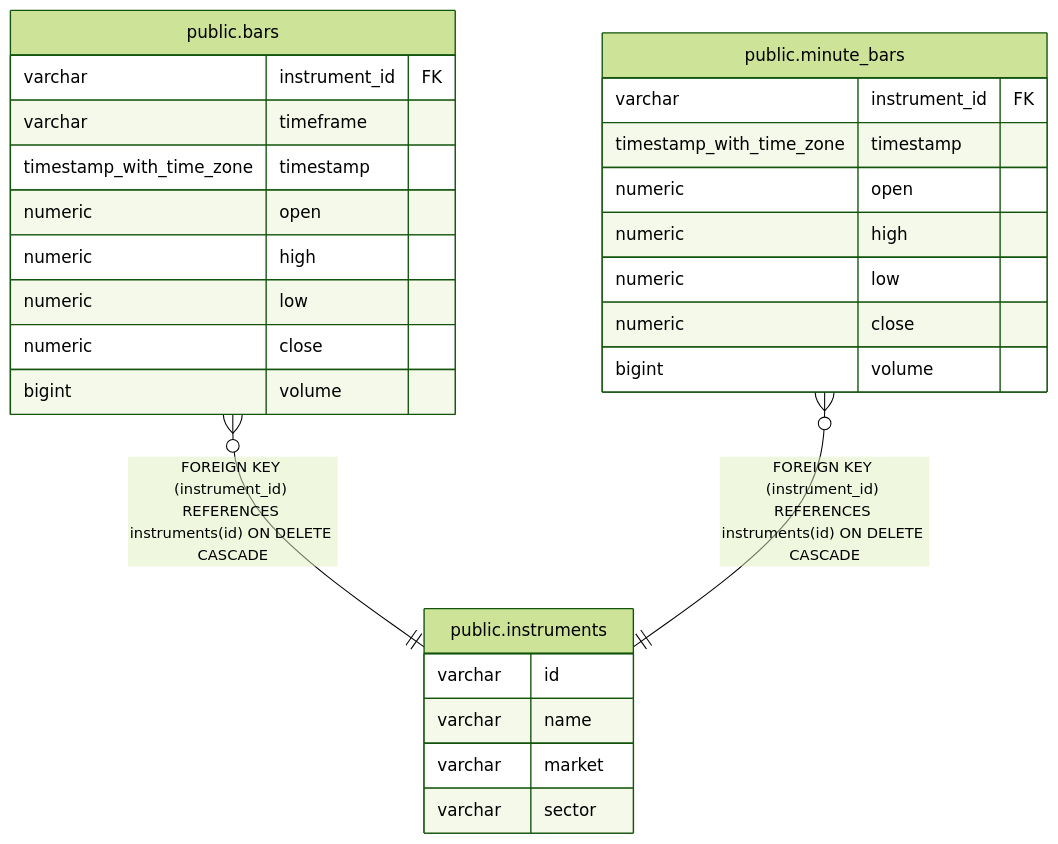
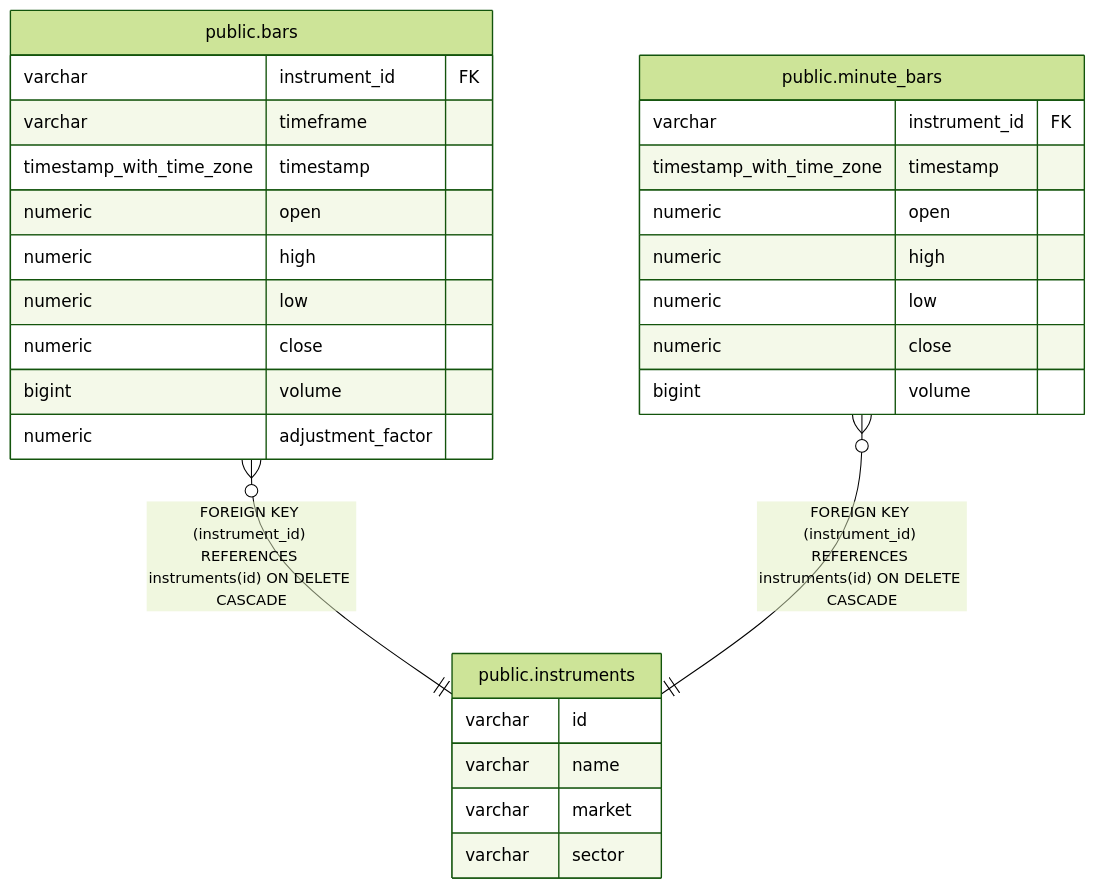
Before and after one commit to fohte/t-rader: the diagram in backend/docs/db/public.instruments.md, drawn with Mermaid (forest theme). The commit also changed 29 other files, not shown here.

````diff
--- a/backend/docs/db/public.instruments.md
+++ b/backend/docs/db/public.instruments.md
@@ -31,32 +31,33 @@
 ```mermaid
 erDiagram
 
 "public.bars" }o--|| "public.instruments" : "FOREIGN KEY (instrument_id) REFERENCES instruments(id) ON DELETE CASCADE"
 "public.minute_bars" }o--|| "public.instruments" : "FOREIGN KEY (instrument_id) REFERENCES instruments(id) ON DELETE CASCADE"
 
 "public.instruments" {
   varchar id
   varchar name
   varchar market
   varchar sector
 }
 "public.bars" {
   varchar instrument_id FK
   varchar timeframe
   timestamp_with_time_zone timestamp
   numeric open
   numeric high
   numeric low
   numeric close
   bigint volume
+  numeric adjustment_factor
 }
 "public.minute_bars" {
   varchar instrument_id FK
   timestamp_with_time_zone timestamp
   numeric open
   numeric high
   numeric low
   numeric close
   bigint volume
 }
 ```
````
